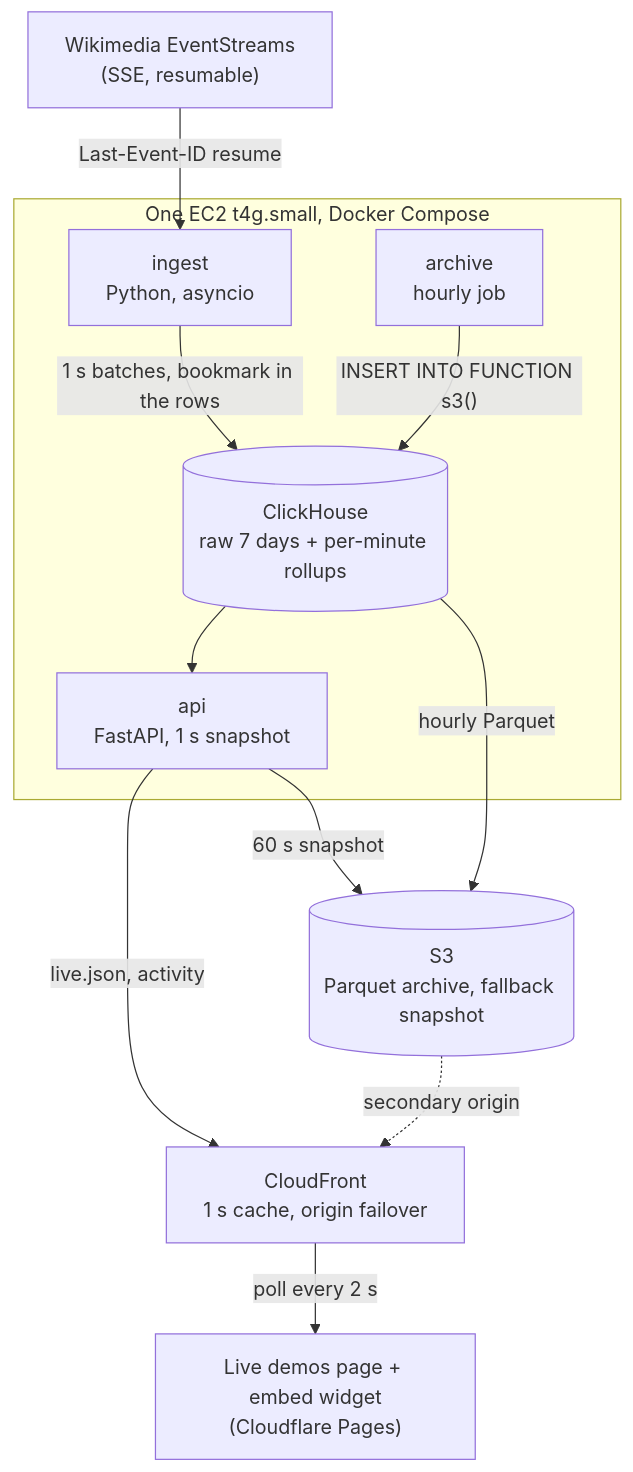
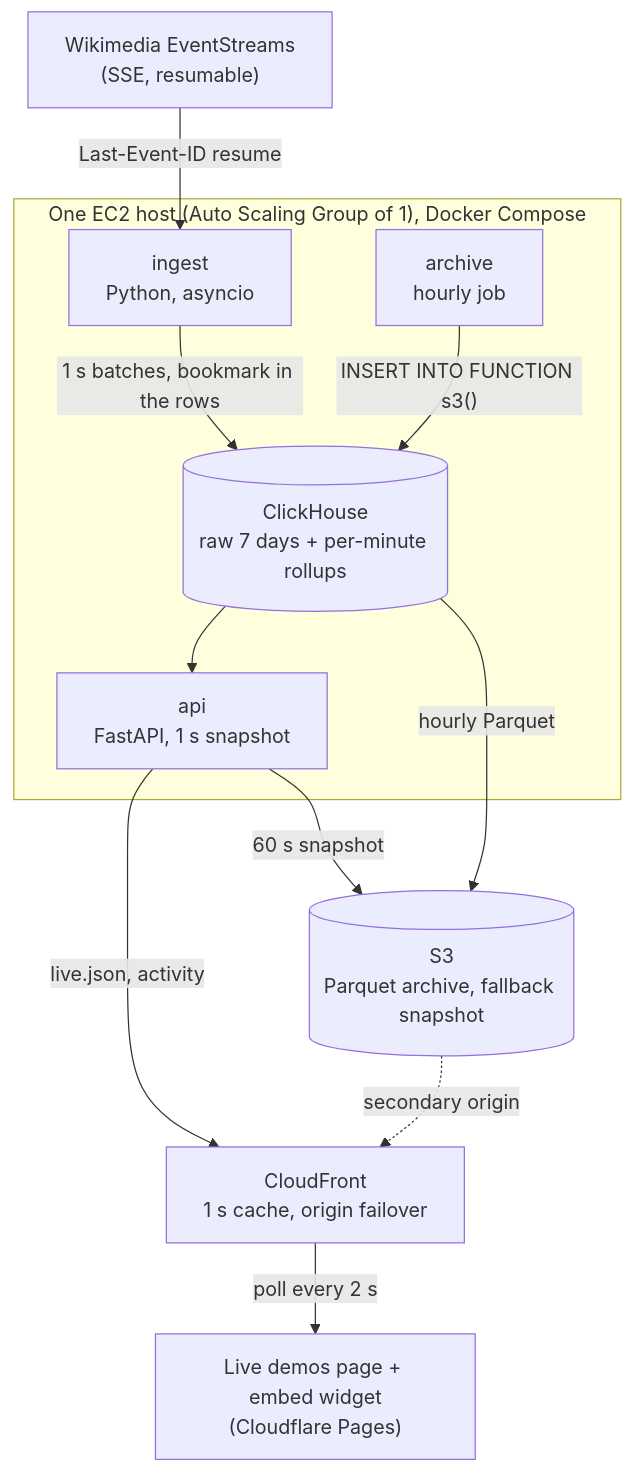
The diagram in docs/architecture.md (Divine-Hope/portfolio-live-demos), drawn with Mermaid before and after one commit. The commit also changed other lines of this file and 13 other files, not shown here.

First line of the commit message:
Run the host as an Auto Scaling Group of one, Spot from 2027 (ADR 0010)

````diff
--- a/docs/architecture.md
+++ b/docs/architecture.md
@@ -44,25 +44,25 @@
 ```mermaid
 flowchart TB
     WM["Wikimedia EventStreams<br/>(SSE, resumable)"]
 
-    subgraph EC2["One EC2 t4g.small, Docker Compose"]
+    subgraph EC2["One EC2 host (Auto Scaling Group of 1), Docker Compose"]
         ING["ingest<br/>Python, asyncio"]
         CH[("ClickHouse<br/>raw 7 days + per-minute rollups")]
         API["api<br/>FastAPI, 1 s snapshot"]
         ARC["archive<br/>hourly job"]
     end
 
     S3[("S3<br/>Parquet archive, fallback snapshot")]
     CF["CloudFront<br/>1 s cache, origin failover"]
     PAGE["Live demos page + embed widget<br/>(Cloudflare Pages)"]
 
     WM -- "Last-Event-ID resume" --> ING
     ING -- "1 s batches, bookmark in the rows" --> CH
     CH --> API
     API -- "live.json, activity" --> CF
     API -- "60 s snapshot" --> S3
     ARC -- "INSERT INTO FUNCTION s3()" --> CH
     CH -- "hourly Parquet" --> S3
     S3 -. "secondary origin" .-> CF
     CF -- "poll every 2 s" --> PAGE
 ```
````
